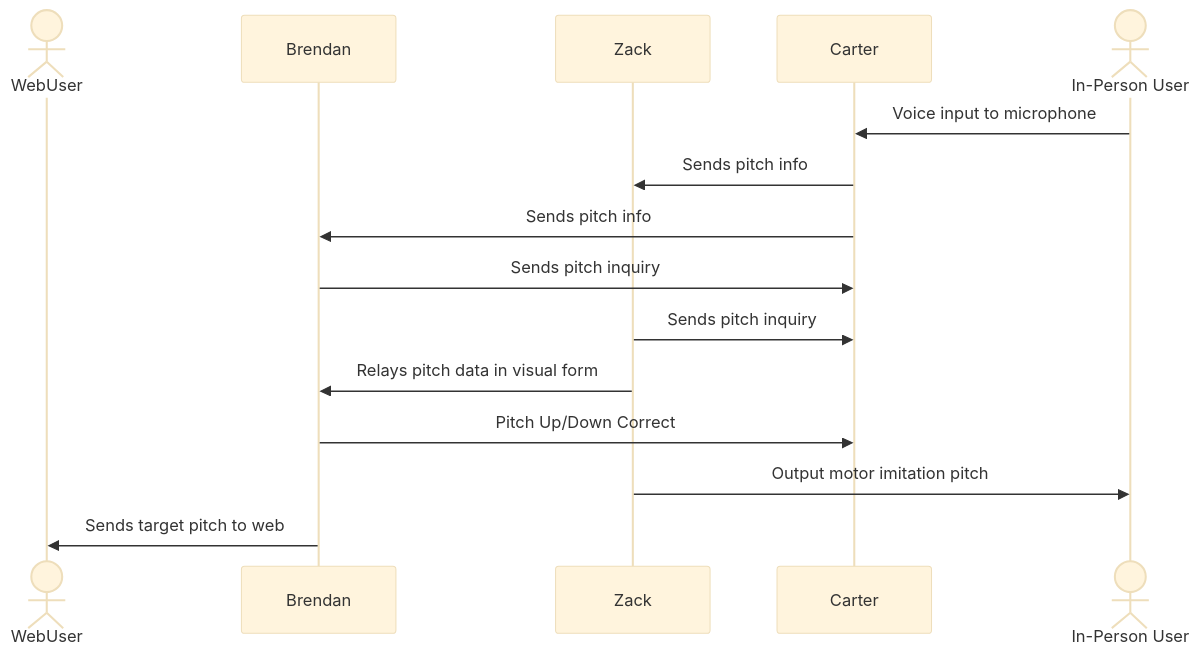
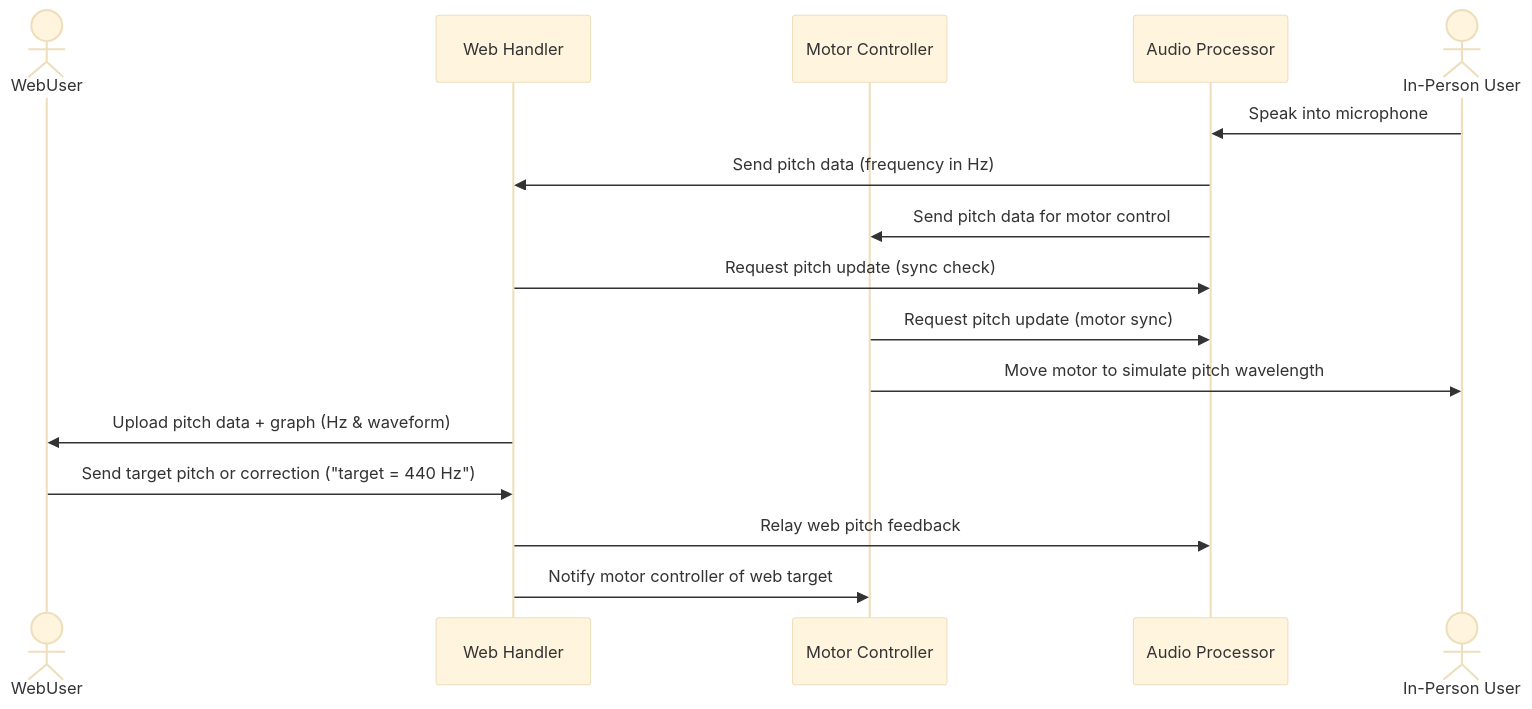
The diagram in docs/Block Diagram, Process Diagram, and Message Structure/Communication_Process.md (EGR314-2025-S-203/Team203.github.io), drawn with Mermaid (base theme) before and after one commit. The commit also changed other lines of this file, not shown here.

````diff
--- a/docs/Block Diagram, Process Diagram, and Message Structure/Communication_Process.md
+++ b/docs/Block Diagram, Process Diagram, and Message Structure/Communication_Process.md
@@ -6,20 +6,23 @@
 ```mermaid
 
 sequenceDiagram
     actor W as WebUser
-    participant Brendan
-    participant Zack
-    participant Carter
-  actor I as In-Person User
-    
-    I->>Carter: Voice input to microphone
-    Carter->>Zack: Sends pitch info
-    Carter->>Brendan: Sends pitch info
-    Brendan ->> Carter: Sends pitch inquiry
-    Zack->>Carter: Sends pitch inquiry
-    Zack->>Brendan: Relays pitch data in visual form
-    Brendan->>Carter: Pitch Up/Down Correct
-    Zack->>I: Output motor imitation pitch
+    participant Brendan as Web Handler
+    participant Zack as Motor Controller
+    participant Carter as Audio Processor
+    actor I as In-Person User
 
-Brendan ->> W: Sends target pitch to web
+    %% In-Person Interaction
+    I->>Carter: Speak into microphone
+    Carter->>Brendan: Send pitch data (frequency in Hz)
+    Carter->>Zack: Send pitch data for motor control
+    Brendan->>Carter: Request pitch update (sync check)
+    Zack->>Carter: Request pitch update (motor sync)
+    Zack->>I: Move motor to simulate pitch wavelength
+
+    %% Web Sync
+    Brendan->>W: Upload pitch data + graph (Hz & waveform)
+    W->>Brendan: Send target pitch or correction ("target = 440 Hz")
+    Brendan->>Carter: Relay web pitch feedback
+    Brendan->>Zack: Notify motor controller of web target
 ``` 
````
